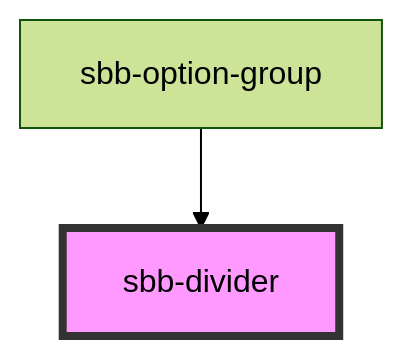
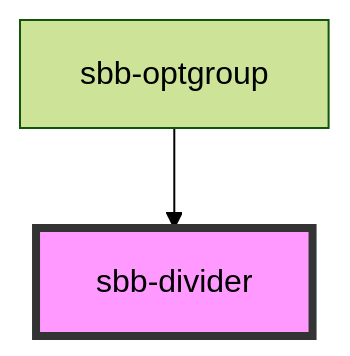
Before and after one commit to sbb-design-systems/lyne-components: the diagram in src/components/sbb-divider/readme.md, drawn with Mermaid (forest theme). The commit also changed other lines of this file and 15 other files, not shown here.

Commit message:
feat(sbb-optgroup): renamed 'sbb-option-group' => 'sbb-optgroup'

````diff
--- a/src/components/sbb-divider/readme.md
+++ b/src/components/sbb-divider/readme.md
@@ -24,5 +24,5 @@
 ```mermaid
 graph TD;
-  sbb-option-group --> sbb-divider
+  sbb-optgroup --> sbb-divider
   style sbb-divider fill:#f9f,stroke:#333,stroke-width:4px
 ```
````
